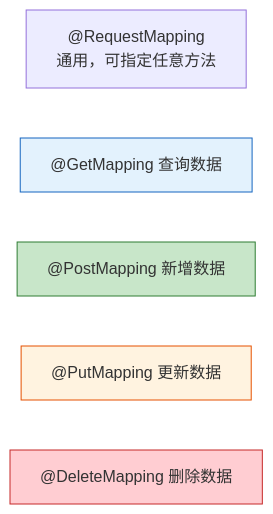
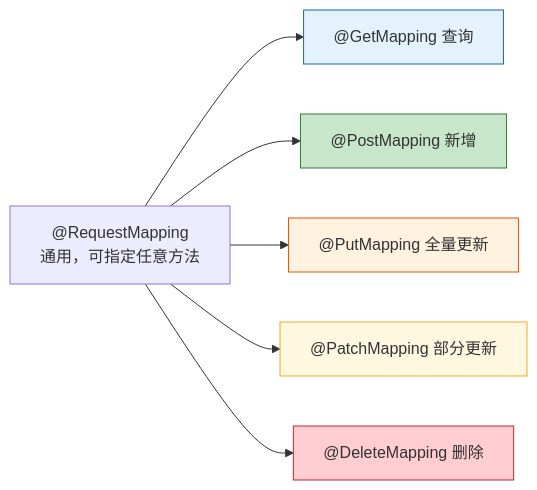
The sixth of 17 diagrams in spring-boot-3.5-学习资料/06-Web开发-Controller与RESTful.md (zerioo1970/summary), drawn with Mermaid before and after one commit. The commit also changed other lines of this file and 1 other file, not shown here.

````diff
--- a/spring-boot-3.5-学习资料/06-Web开发-Controller与RESTful.md
+++ b/spring-boot-3.5-学习资料/06-Web开发-Controller与RESTful.md
@@ -53,13 +165,15 @@
 ```mermaid
 flowchart LR
-    A["@RequestMapping<br/>通用，可指定任意方法"] 
-    B["@GetMapping 查询数据"]
-    C["@PostMapping 新增数据"]
-    D["@PutMapping 更新数据"]
-    E["@DeleteMapping 删除数据"]
+    A["@RequestMapping<br/>通用，可指定任意方法"]
+    A --> B["@GetMapping 查询"]
+    A --> C["@PostMapping 新增"]
+    A --> D["@PutMapping 全量更新"]
+    A --> E["@PatchMapping 部分更新"]
+    A --> F["@DeleteMapping 删除"]
 
     style B fill:#e3f2fd,stroke:#1565c0
     style C fill:#c8e6c9,stroke:#2e7d32
     style D fill:#fff3e0,stroke:#e65100
-    style E fill:#ffcdd2,stroke:#c62828
+    style E fill:#fff8e1,stroke:#f9a825
+    style F fill:#ffcdd2,stroke:#c62828
 ```
````
